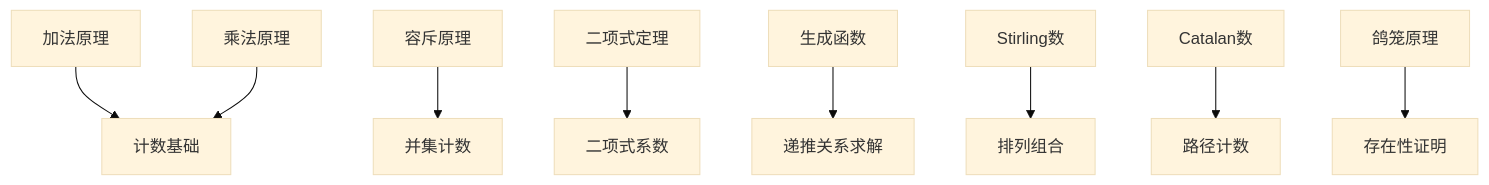
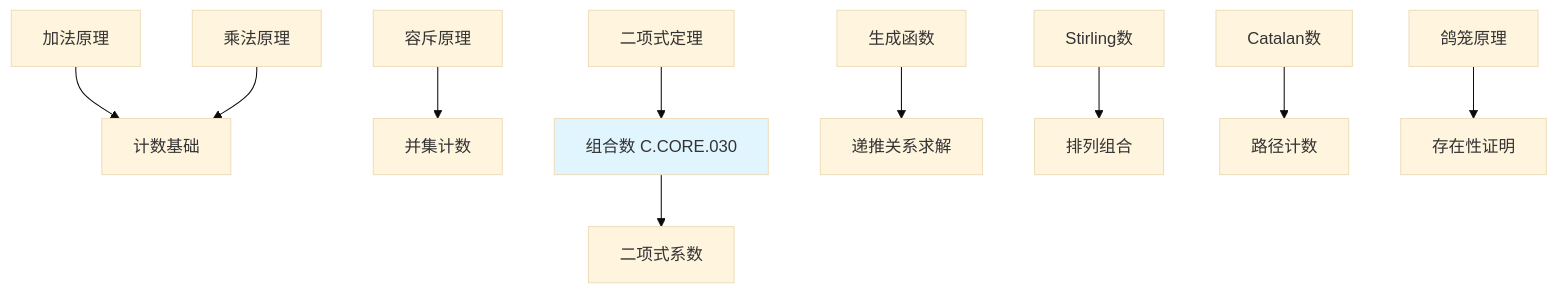
Diagram 14 of 15 in concept/05-知识关联网络/02-定理级关联网络.md (AdaMartin18010/FormalMath), drawn with Mermaid (base theme) before and after one commit. The commit also changed other lines of this file and 45 other files, not shown here.

````diff
--- a/concept/05-知识关联网络/02-定理级关联网络.md
+++ b/concept/05-知识关联网络/02-定理级关联网络.md
@@ -544,11 +615,14 @@
 ```mermaid
 graph TD
     A[加法原理] --> B[计数基础]
     C[乘法原理] --> B
     D[容斥原理] --> E[并集计数]
-    F[二项式定理] --> G[二项式系数]
-    H[生成函数] --> I[递推关系求解]
-    J[Stirling数] --> K[排列组合]
-    L[Catalan数] --> M[路径计数]
-    N[鸽笼原理] --> O[存在性证明]
+    F[二项式定理] --> G[组合数 C.CORE.030]
+    G --> H[二项式系数]
+    I[生成函数] --> J[递推关系求解]
+    K[Stirling数] --> L[排列组合]
+    M[Catalan数] --> N[路径计数]
+    O[鸽笼原理] --> P[存在性证明]
+
+    style G fill:#e1f5ff
 ```
````
